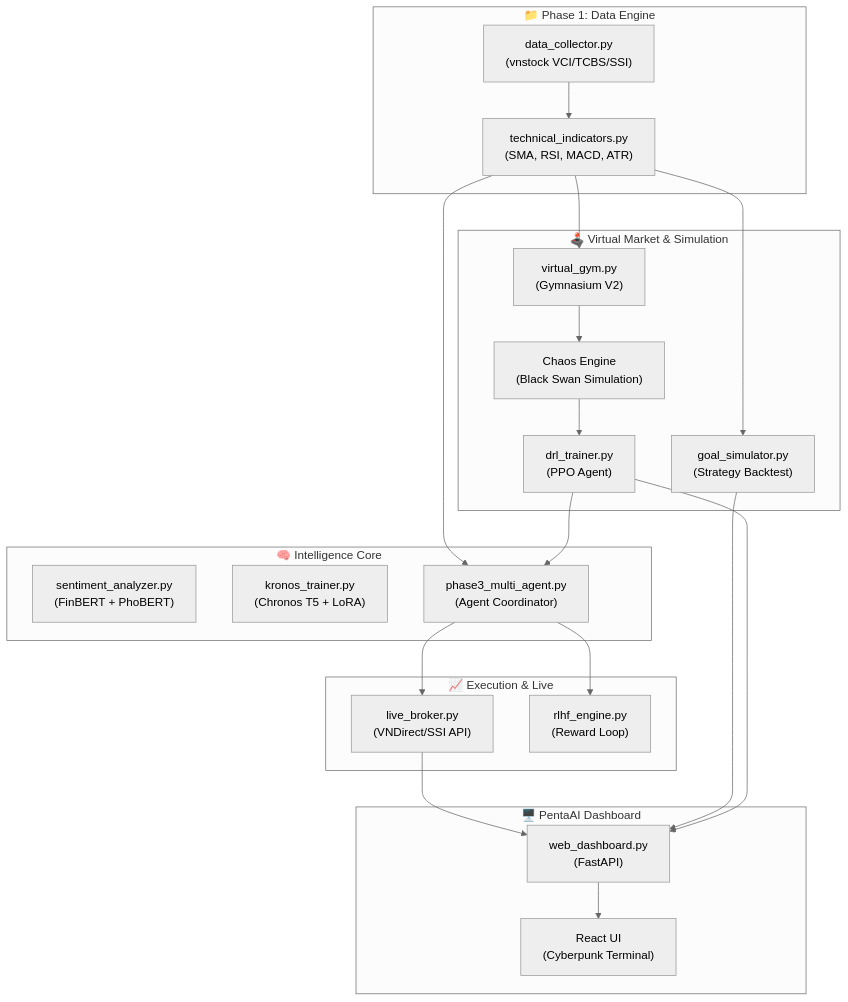
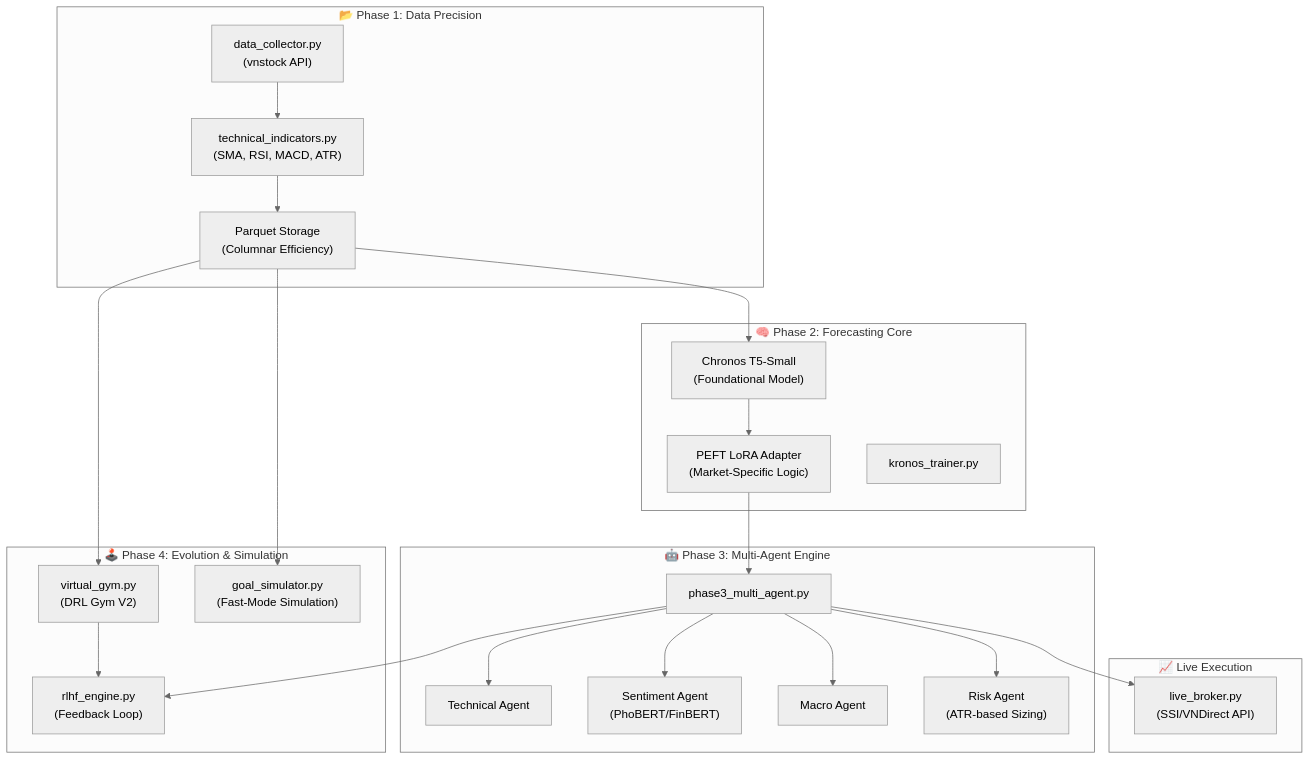
One commit to PentaYuki/PentaAna changed the diagram in README.md. Above: the diagram before and after it, drawn with Mermaid (neutral theme). The commit also changed other lines of this file, not shown here.

Commit message:
Documentation: Massive README upgrade with deep technical details, math formulas, and operational guides

````diff
--- a/README.md
+++ b/README.md
@@ -41,38 +31,39 @@
 ```mermaid
 graph TB
-    subgraph Data["📁 Phase 1: Data Engine"]
-        DC["data_collector.py<br/>(vnstock VCI/TCBS/SSI)"]
+    subgraph Phase1["📂 Phase 1: Data Precision"]
+        DC["data_collector.py<br/>(vnstock API)"]
         TI["technical_indicators.py<br/>(SMA, RSI, MACD, ATR)"]
+        STORE["Parquet Storage<br/>(Columnar Efficiency)"]
     end
 
-    subgraph Simulation["🕹️ Virtual Market & Simulation"]
-        VG["virtual_gym.py<br/>(Gymnasium V2)"]
-        CE["Chaos Engine<br/>(Black Swan Simulation)"]
-        DT["drl_trainer.py<br/>(PPO Agent)"]
-        GS["goal_simulator.py<br/>(Strategy Backtest)"]
+    subgraph Phase2["🧠 Phase 2: Forecasting Core"]
+        CH["Chronos T5-Small<br/>(Foundational Model)"]
+        LoRA["PEFT LoRA Adapter<br/>(Market-Specific Logic)"]
+        KT["kronos_trainer.py"]
     end
 
-    subgraph Intel["🧠 Intelligence Core"]
-        SA["sentiment_analyzer.py<br/>(FinBERT + PhoBERT)"]
-        KT["kronos_trainer.py<br/>(Chronos T5 + LoRA)"]
-        PM["phase3_multi_agent.py<br/>(Agent Coordinator)"]
+    subgraph Phase3["🤖 Phase 3: Multi-Agent Engine"]
+        MA["phase3_multi_agent.py"]
+        TEC["Technical Agent"]
+        SEN["Sentiment Agent<br/>(PhoBERT/FinBERT)"]
+        MAC["Macro Agent"]
+        RSK["Risk Agent<br/>(ATR-based Sizing)"]
     end
 
-    subgraph Execution["📈 Execution & Live"]
-        LB["live_broker.py<br/>(VNDirect/SSI API)"]
-        RH["rlhf_engine.py<br/>(Reward Loop)"]
+    subgraph Phase4["🕹️ Phase 4: Evolution & Simulation"]
+        VG["virtual_gym.py<br/>(DRL Gym V2)"]
+        GS["goal_simulator.py<br/>(Fast-Mode Simulation)"]
+        RH["rlhf_engine.py<br/>(Feedback Loop)"]
     end
 
-    subgraph UI["🖥️ PentaAI Dashboard"]
-        WD["web_dashboard.py<br/>(FastAPI)"]
-        REACT["React UI<br/>(Cyberpunk Terminal)"]
+    subgraph Execution["📈 Live Execution"]
+        LB["live_broker.py<br/>(SSI/VNDirect API)"]
     end
 
-    DC --> TI
-    TI --> VG & GS & PM
-    VG --> CE --> DT
-    DT --> PM
-    PM --> LB & RH
-    LB & GS & DT --> WD
-    WD --> REACT
+    DC --> TI --> STORE
+    STORE --> CH & GS & VG
+    CH --> LoRA --> MA
+    MA --> TEC & SEN & MAC & RSK
+    MA --> LB & RH
+    VG --> RH
 ```
````
